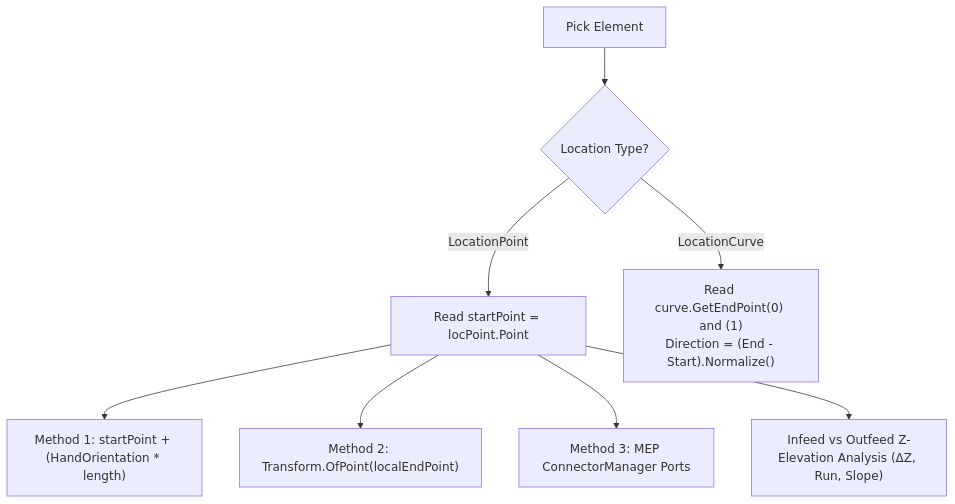
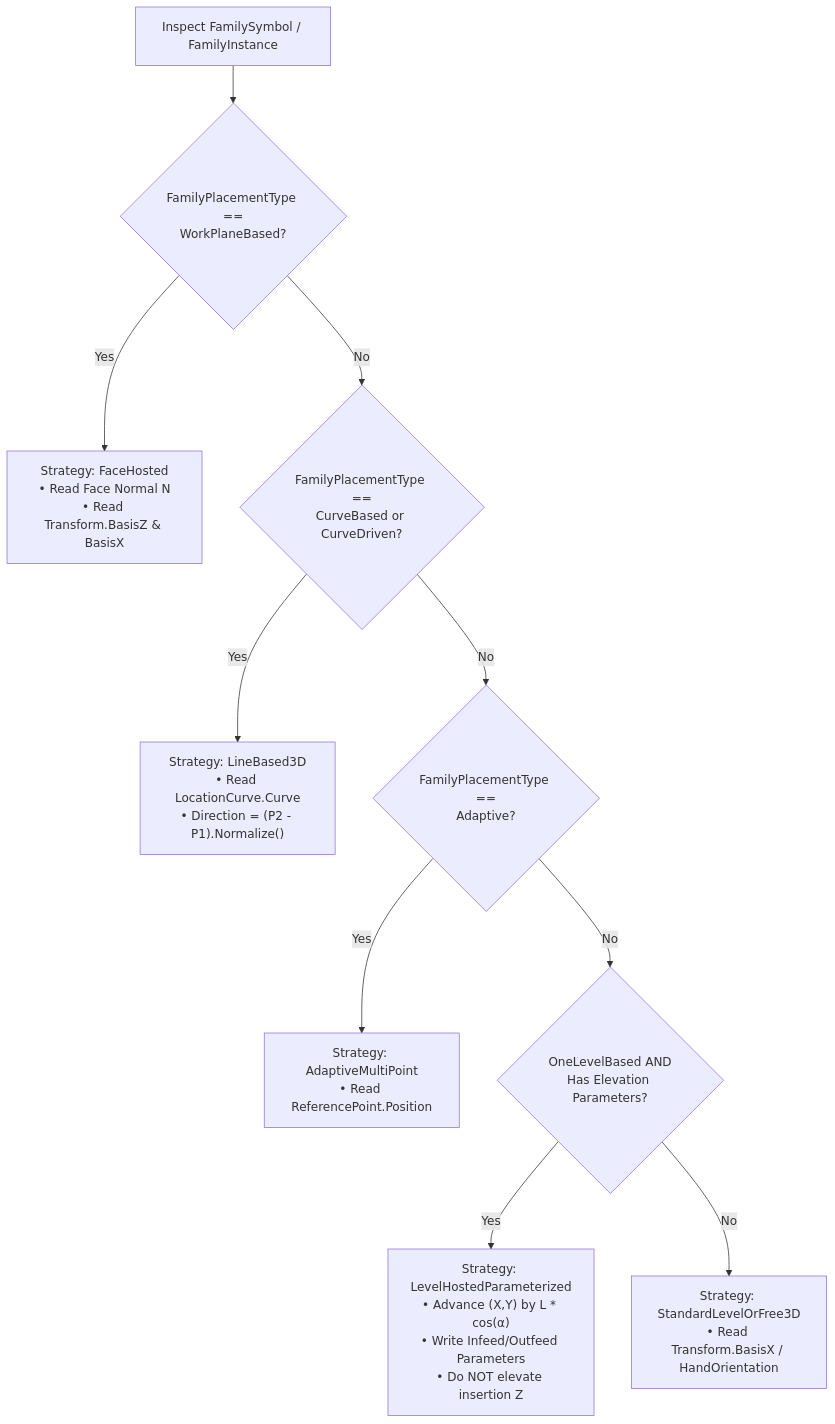
Before and after one commit to Mustafa-TOMMY/CommandSamplesRevitApiVer2025: the sixth of 6 diagrams in RevitApiSamples/Samples/Transform/Transform.md, drawn with Mermaid. The commit also changed other lines of this file and 2 other files, not shown here.

Commit message:
docs: rewrite Transform.md and System_vs_Loadable_Families_Comparison.md based on Revit 3D Spatial Vector & Family Placement Architecture

````diff
--- a/RevitApiSamples/Samples/Transform/Transform.md
+++ b/RevitApiSamples/Samples/Transform/Transform.md
@@ -249,11 +211,16 @@
 ```mermaid
 flowchart TD
-    Pick["Pick Element"] --> CheckType{"Location Type?"}
-    CheckType -->|"LocationPoint"| LocPt["Read startPoint = locPoint.Point"]
-    LocPt --> Ray["Method 1: startPoint + (HandOrientation * length)"]
-    LocPt --> Matrix["Method 2: Transform.OfPoint(localEndPoint)"]
-    LocPt --> MEP["Method 3: MEP ConnectorManager Ports"]
-    LocPt --> Elev["Infeed vs Outfeed Z-Elevation Analysis (ΔZ, Run, Slope)"]
+    Start["Inspect FamilySymbol / FamilyInstance"] --> CheckFace{"FamilyPlacementType ==\nWorkPlaneBased?"}
     
-    CheckType -->|"LocationCurve"| LocCrv["Read curve.GetEndPoint(0) and (1)<br/>Direction = (End - Start).Normalize()"]
+    CheckFace -- Yes --> FaceStrat["Strategy: FaceHosted<br/>• Read Face Normal N<br/>• Read Transform.BasisZ & BasisX"]
+    CheckFace -- No --> CheckCurve{"FamilyPlacementType ==\nCurveBased or CurveDriven?"}
+    
+    CheckCurve -- Yes --> CurveStrat["Strategy: LineBased3D<br/>• Read LocationCurve.Curve<br/>• Direction = (P2 - P1).Normalize()"]
+    CheckCurve -- No --> CheckAdaptive{"FamilyPlacementType ==\nAdaptive?"}
+    
+    CheckAdaptive -- Yes --> AdaptStrat["Strategy: AdaptiveMultiPoint<br/>• Read ReferencePoint.Position"]
+    CheckAdaptive -- No --> CheckParams{"OneLevelBased AND\nHas Elevation Parameters?"}
+    
+    CheckParams -- Yes --> ParamStrat["Strategy: LevelHostedParameterized<br/>• Advance (X,Y) by L * cos(α)<br/>• Write Infeed/Outfeed Parameters<br/>• Do NOT elevate insertion Z"]
+    CheckParams -- No --> FreeStrat["Strategy: StandardLevelOrFree3D<br/>• Read Transform.BasisX / HandOrientation"]
 ```
````
